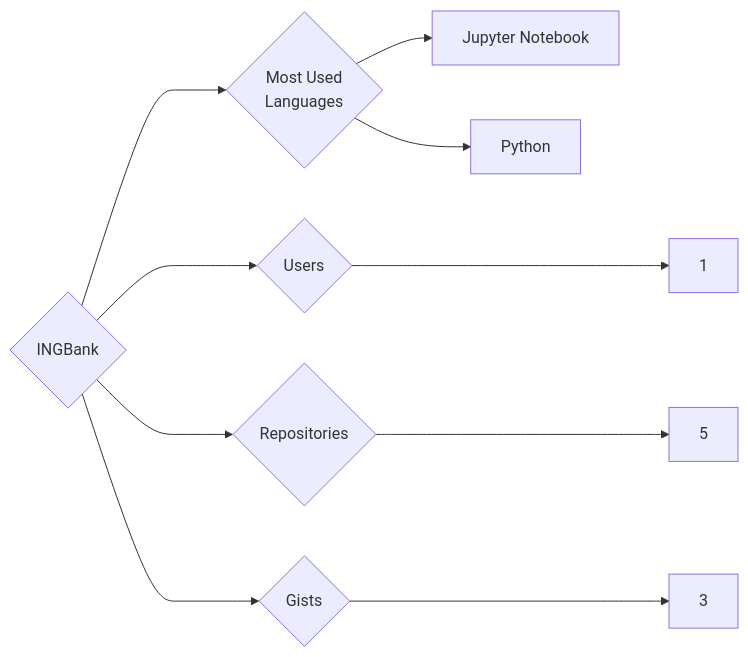
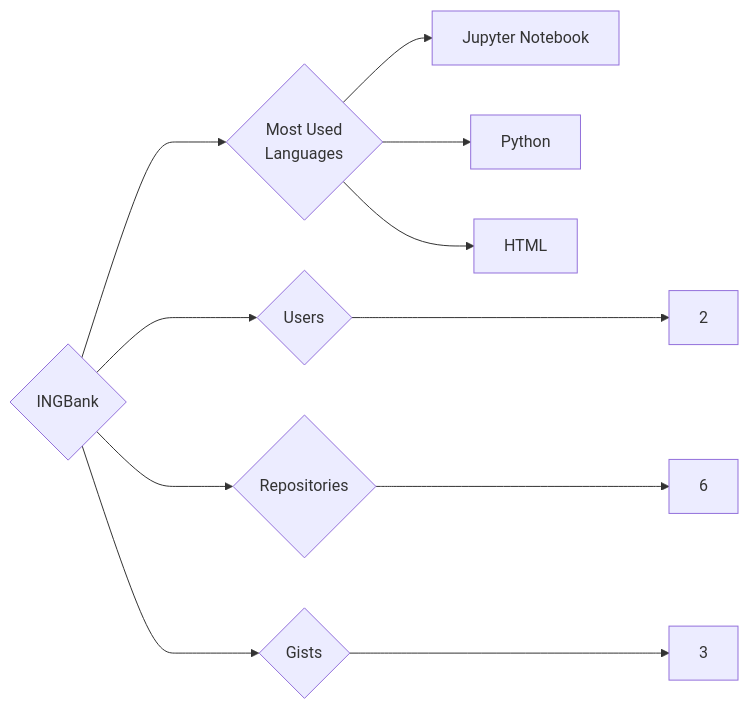
One commit to trickest/insiders changed the diagram in targets/INGBank/README.md. Above: the diagram before and after it, drawn with Mermaid. The commit also changed 1055 other files, not shown here.

````diff
--- a/targets/INGBank/README.md
+++ b/targets/INGBank/README.md
@@ -3,10 +3,11 @@
 ```mermaid
 graph LR
 COMPANY_NAME{INGBank}
-COMPANY_NAME ---> U{Users} ---> UN[1]
-COMPANY_NAME ---> R{Repositories} ---> RN[5]
+COMPANY_NAME ---> U{Users} ---> UN[2]
+COMPANY_NAME ---> R{Repositories} ---> RN[6]
 COMPANY_NAME ---> G{Gists} ---> GN[3]
 COMPANY_NAME ---> ML{Most Used<br>Languages}
 ML --> Jupyter_Notebook[Jupyter Notebook]
 ML --> Python[Python]
+ML --> HTML[HTML]
 ```
````
